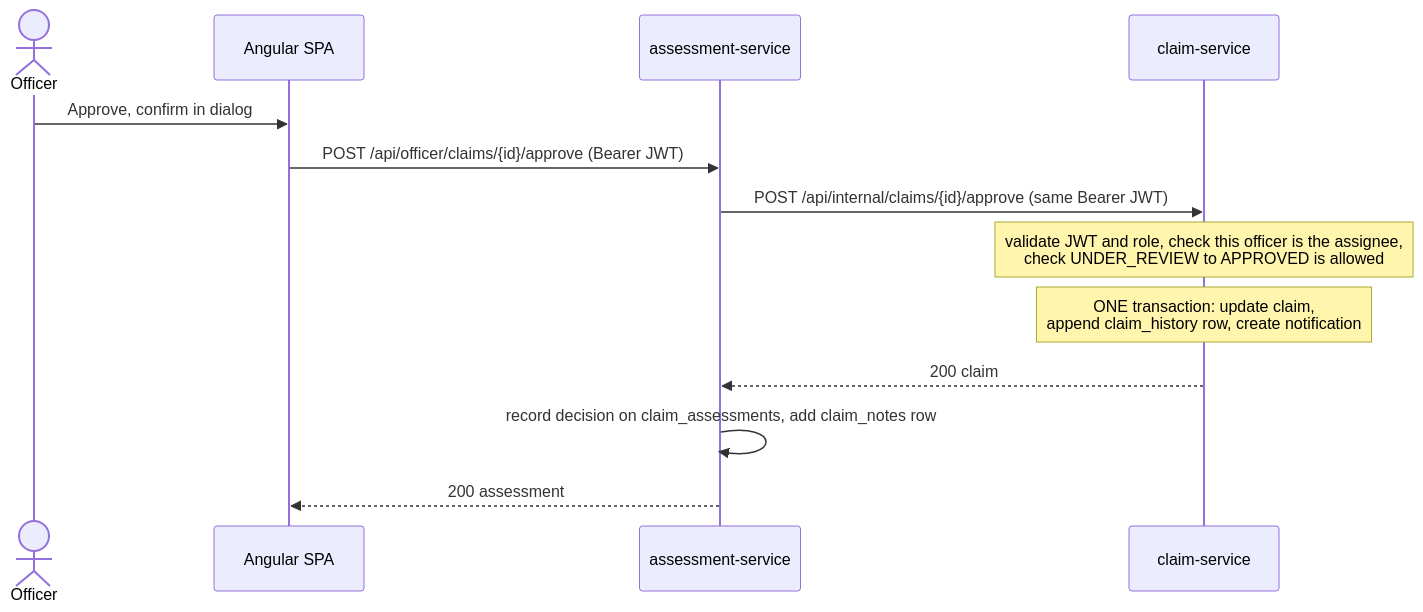
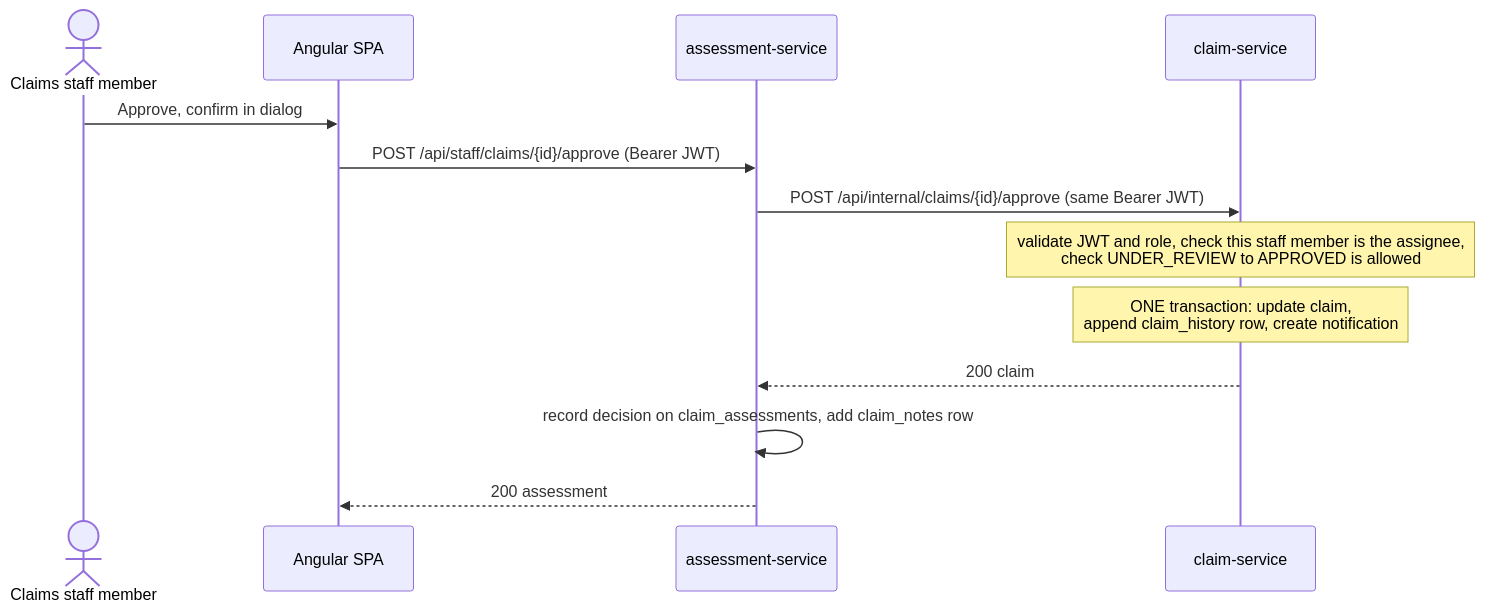
The second of 4 diagrams in architecture.md (Prathyusha0405/Claims-Platform), drawn with Mermaid before and after one commit. The commit also changed other lines of this file and 216 other files, not shown here.

````diff
--- a/architecture.md
+++ b/architecture.md
@@ -60,15 +129,15 @@
 ```mermaid
 sequenceDiagram
-    actor Officer
+    actor Staff as Claims staff member
     participant UI as Angular SPA
     participant Assess as assessment-service
     participant Claim as claim-service
-    Officer->>UI: Approve, confirm in dialog
-    UI->>Assess: POST /api/officer/claims/{id}/approve (Bearer JWT)
+    Staff->>UI: Approve, confirm in dialog
+    UI->>Assess: POST /api/staff/claims/{id}/approve (Bearer JWT)
     Assess->>Claim: POST /api/internal/claims/{id}/approve (same Bearer JWT)
-    Note over Claim: validate JWT and role, check this officer is the assignee,<br/>check UNDER_REVIEW to APPROVED is allowed
+    Note over Claim: validate JWT and role, check this staff member is the assignee,<br/>check UNDER_REVIEW to APPROVED is allowed
     Note over Claim: ONE transaction: update claim,<br/>append claim_history row, create notification
     Claim-->>Assess: 200 claim
     Assess->>Assess: record decision on claim_assessments, add claim_notes row
     Assess-->>UI: 200 assessment
 ```
````
